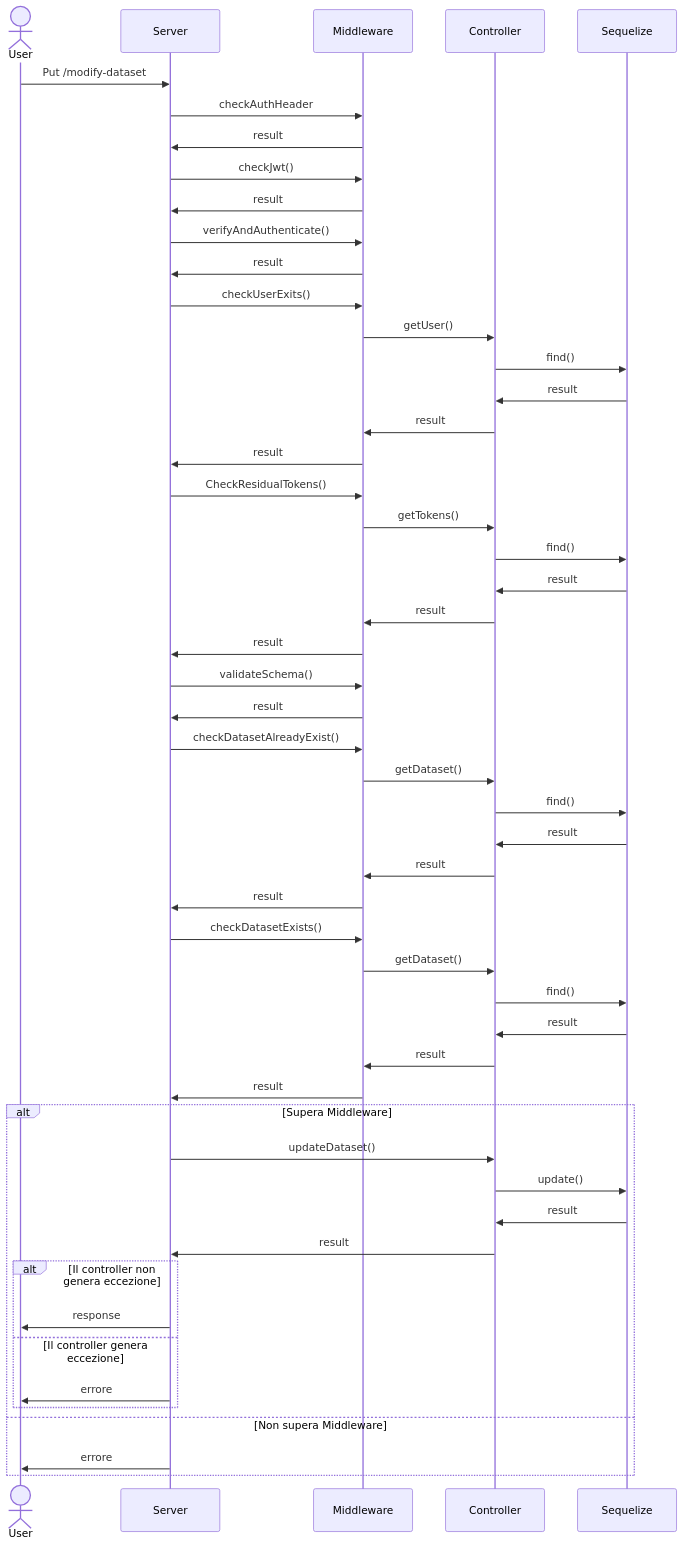
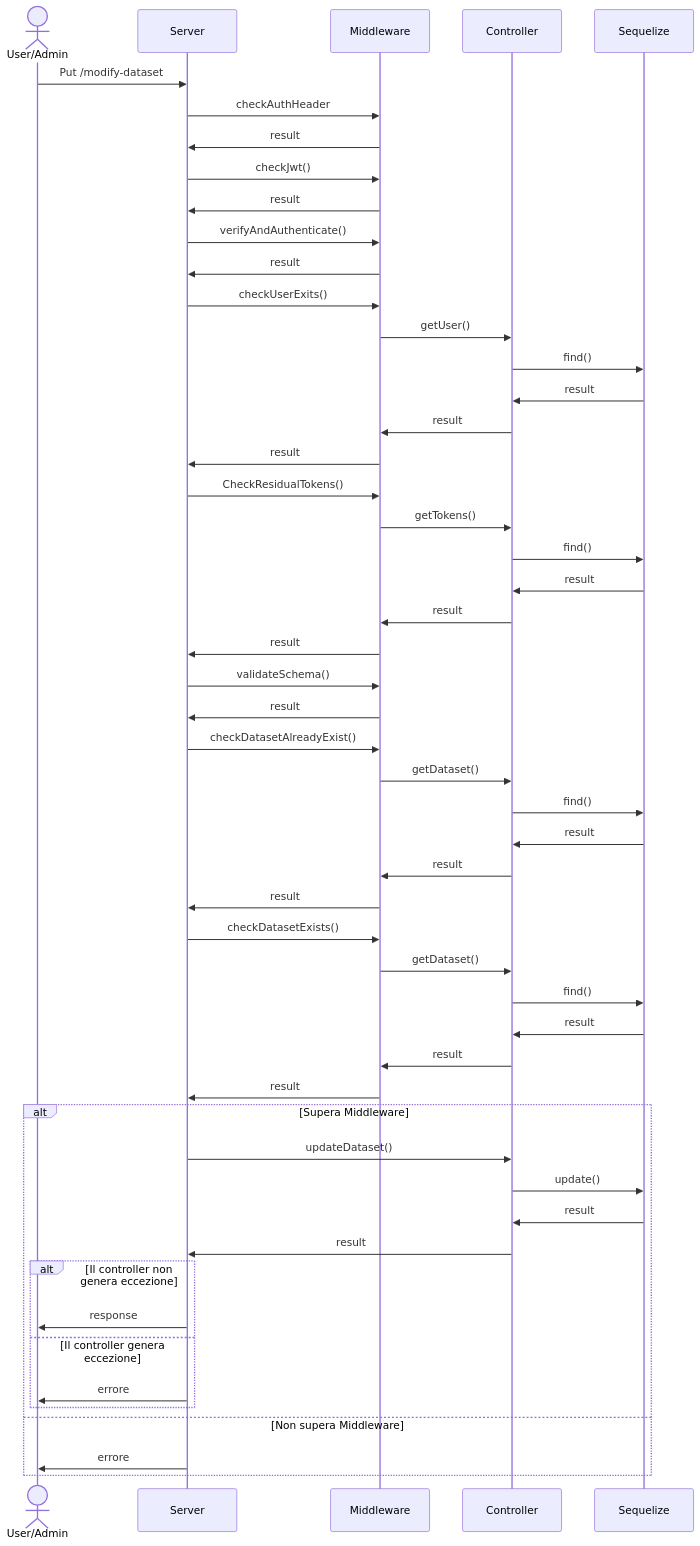
Before and after one commit to AgneseBruglia/PA2024: diagram 12 of 12 in README.md, drawn with Mermaid. The commit also changed other lines of this file, not shown here.

````diff
--- a/README.md
+++ b/README.md
@@ -701,61 +701,61 @@
 ```mermaid
 sequenceDiagram
-     actor User
+     actor User/Admin
 
-    User->>Server: Put /modify-dataset
+    User/Admin->>Server: Put /modify-dataset
 
     Server->>Middleware: checkAuthHeader
     Middleware->>Server: result
 
     Server->>Middleware: checkJwt()
     Middleware->>Server: result
 
     Server->>Middleware: verifyAndAuthenticate()
     Middleware->>Server: result
 
     Server->>Middleware: checkUserExits()
     Middleware->>Controller: getUser()
     Controller->>Sequelize: find()
     Sequelize->>Controller: result
     Controller->>Middleware: result
     Middleware->>Server: result
 
     Server->>Middleware: CheckResidualTokens()
     Middleware->>Controller: getTokens()
     Controller->>Sequelize: find()
     Sequelize->>Controller: result
     Controller->>Middleware: result
     Middleware->>Server: result
 
     Server->>Middleware: validateSchema()
     Middleware->>Server: result
 
     Server->>Middleware: checkDatasetAlreadyExist()
     Middleware->>Controller: getDataset()
     Controller->>Sequelize: find()
     Sequelize->>Controller: result
     Controller->>Middleware: result
     Middleware->>Server: result
 
     Server->>Middleware: checkDatasetExists()
     Middleware->>Controller: getDataset()
     Controller->>Sequelize: find()
     Sequelize->>Controller: result
     Controller->>Middleware: result
     Middleware->>Server: result
 
     
     alt Supera Middleware
         Server->>Controller: updateDataset()
         Controller->>Sequelize: update()
         Sequelize->>Controller: result
         Controller->>Server:result
         alt Il controller non genera eccezione
-             Server->>User: response
+             Server->>User/Admin: response
         else Il controller genera eccezione
-             Server->>User: errore
+             Server->>User/Admin: errore
         end 
     else  Non supera Middleware
-        Server->>User: errore
+        Server->>User/Admin: errore
     end
 ```
````
